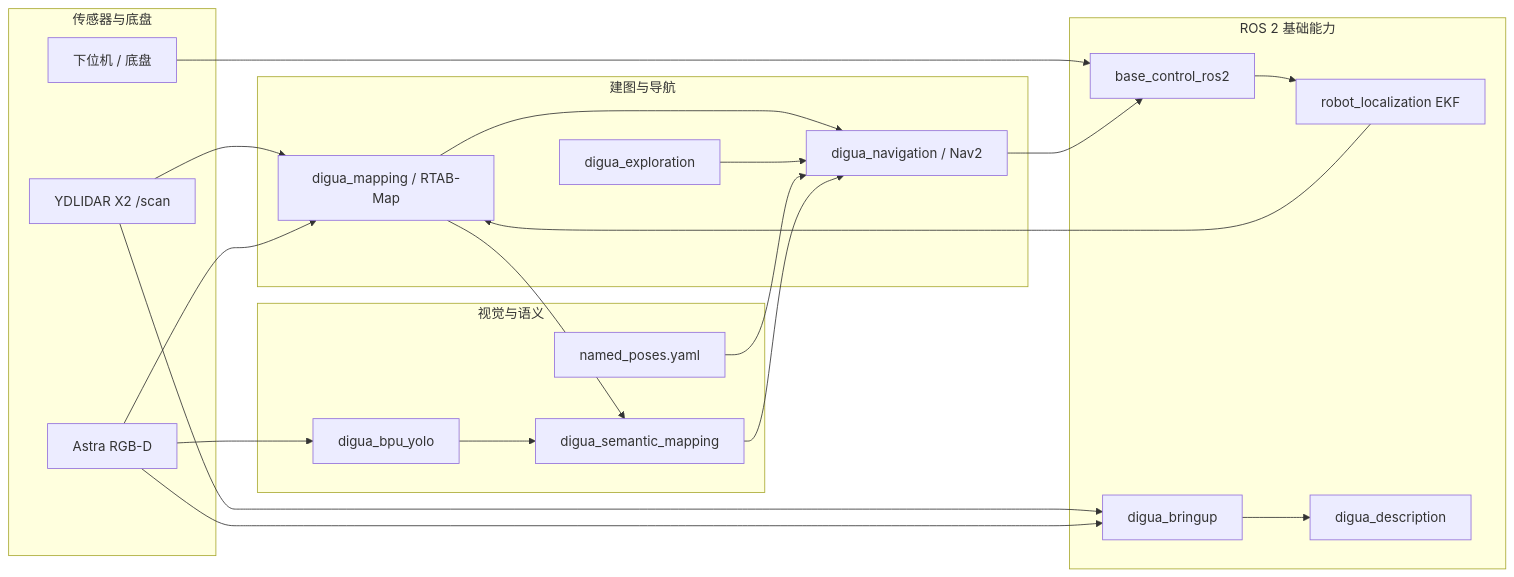
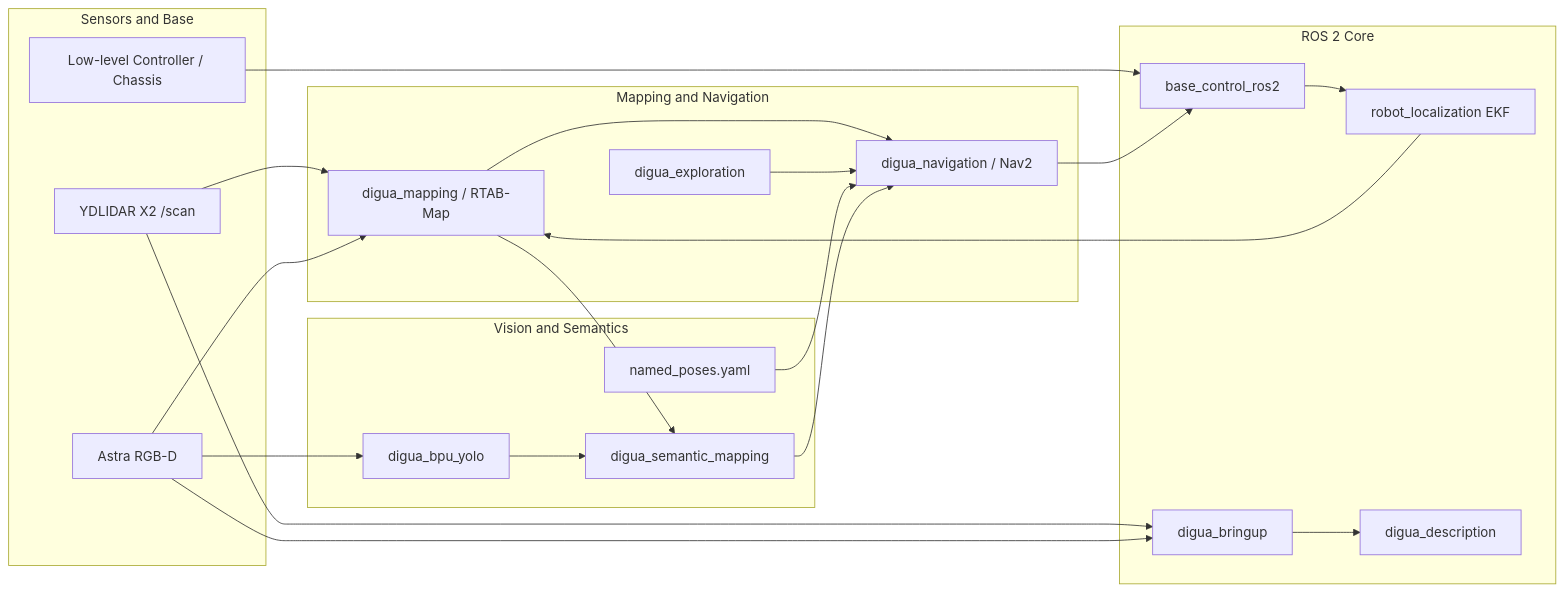
One commit to WishXylemHeaven/RDXx5robot changed the diagram in README.md. Above: the diagram before and after it, drawn with Mermaid. The commit also changed other lines of this file and 2 other files, not shown here.

````diff
--- a/README.md
+++ b/README.md
@@ -116,44 +142,44 @@
 ```mermaid
 flowchart LR
-    subgraph Sensors["传感器与底盘"]
+    subgraph Sensors["Sensors and Base"]
         Lidar["YDLIDAR X2 /scan"]
         Camera["Astra RGB-D"]
-        Base["下位机 / 底盘"]
+        Base["Low-level Controller / Chassis"]
     end
 
-    subgraph Core["ROS 2 基础能力"]
+    subgraph Core["ROS 2 Core"]
         Bringup["digua_bringup"]
         Control["base_control_ros2"]
         EKF["robot_localization EKF"]
         Description["digua_description"]
     end
 
-    subgraph Nav["建图与导航"]
+    subgraph Nav["Mapping and Navigation"]
         Mapping["digua_mapping / RTAB-Map"]
         Navigation["digua_navigation / Nav2"]
         Exploration["digua_exploration"]
     end
 
-    subgraph Semantic["视觉与语义"]
+    subgraph Semantic["Vision and Semantics"]
         BPU["digua_bpu_yolo"]
         SemanticMap["digua_semantic_mapping"]
         NamedPoses["named_poses.yaml"]
     end
 
     Lidar --> Bringup
     Camera --> Bringup
     Base --> Control
     Bringup --> Description
     Control --> EKF
     EKF --> Mapping
     Lidar --> Mapping
     Camera --> Mapping
     Mapping --> Navigation
     Exploration --> Navigation
     Camera --> BPU
     BPU --> SemanticMap
     Mapping --> SemanticMap
     NamedPoses --> Navigation
     SemanticMap --> Navigation
     Navigation --> Control
 ```
````
